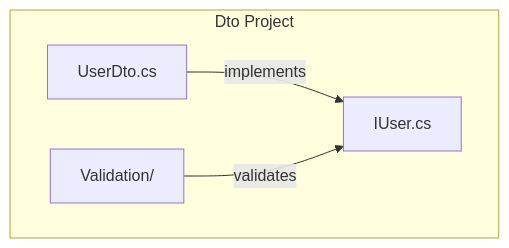
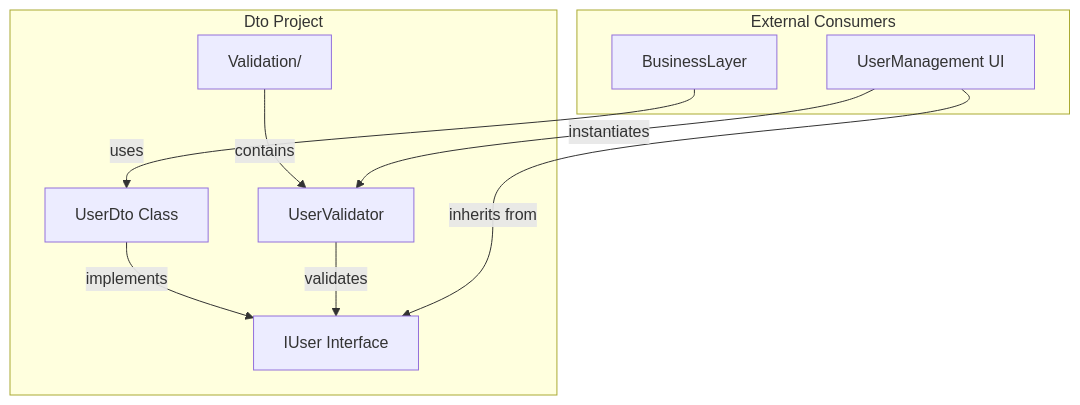
The diagram in doc/Dto.md (wetzlmaier-scch/mvvm), drawn with Mermaid before and after one commit. The commit also changed other lines of this file and 111 other files, not shown here.

````diff
--- a/doc/Dto.md
+++ b/doc/Dto.md
@@ -20,11 +18,22 @@
 ```mermaid
 flowchart TD
     subgraph "Dto Project"
-        UD["UserDto.cs"]
-        IU["IUser.cs"]
-        V["Validation/"]
+        IUser["IUser Interface"]
+        UserDto["UserDto Class"]
+        Validation["Validation/"]
+        UserValidator["UserValidator"]
+        
+        UserDto -->|implements| IUser
+        Validation -->|contains| UserValidator
+        UserValidator -->|validates| IUser
     end
-
-    UD -->|implements| IU
-    V -->|validates| IU
+    
+    subgraph "External Consumers"
+        BusinessLayer["BusinessLayer"]
+        UI["UserManagement UI"]
+    end
+    
+    BusinessLayer -->|uses| UserDto
+    UI -->|inherits from| IUser
+    UI -->|instantiates| UserValidator
 ```
````
